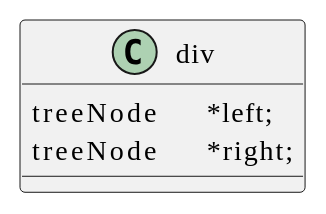
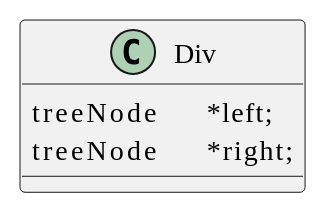
The ninth of 10 diagrams in assets/README.adoc (t-h2o/parsmath), drawn with PlantUML before and after one commit. The commit also changed other lines of this file and 6 other files, not shown here.

```diff
--- a/assets/README.adoc
+++ b/assets/README.adoc
@@ -105,12 +105,12 @@
 [plantuml, target=class_div, format=svg, width=100%]
 ....
 @startuml
 skinparam defaultFontName JetBrains Mono
 
-class  div {
+class  Div {
   treeNode	*left;
   treeNode	*right;
 }
 
 @enduml
 ....
```
